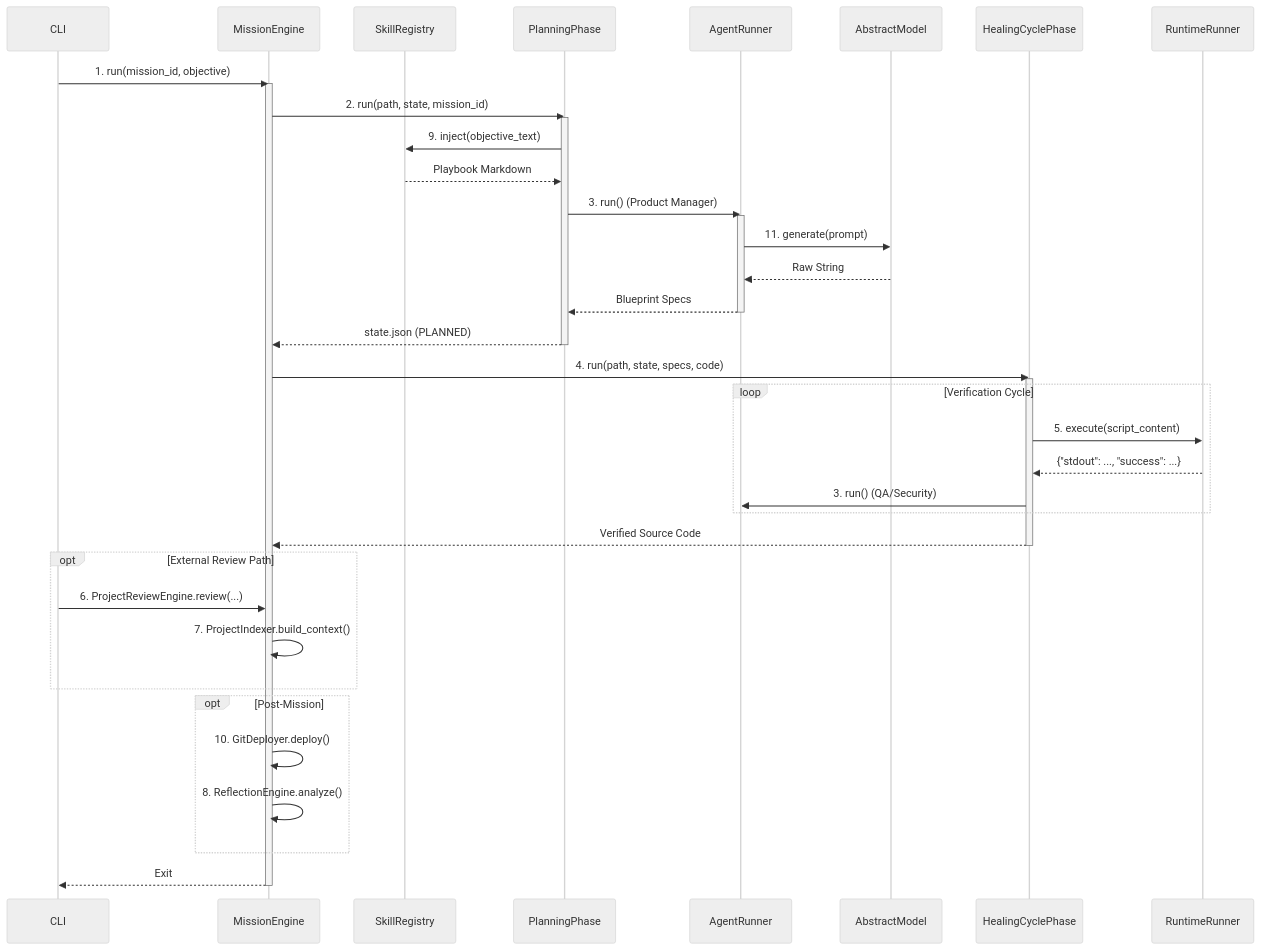
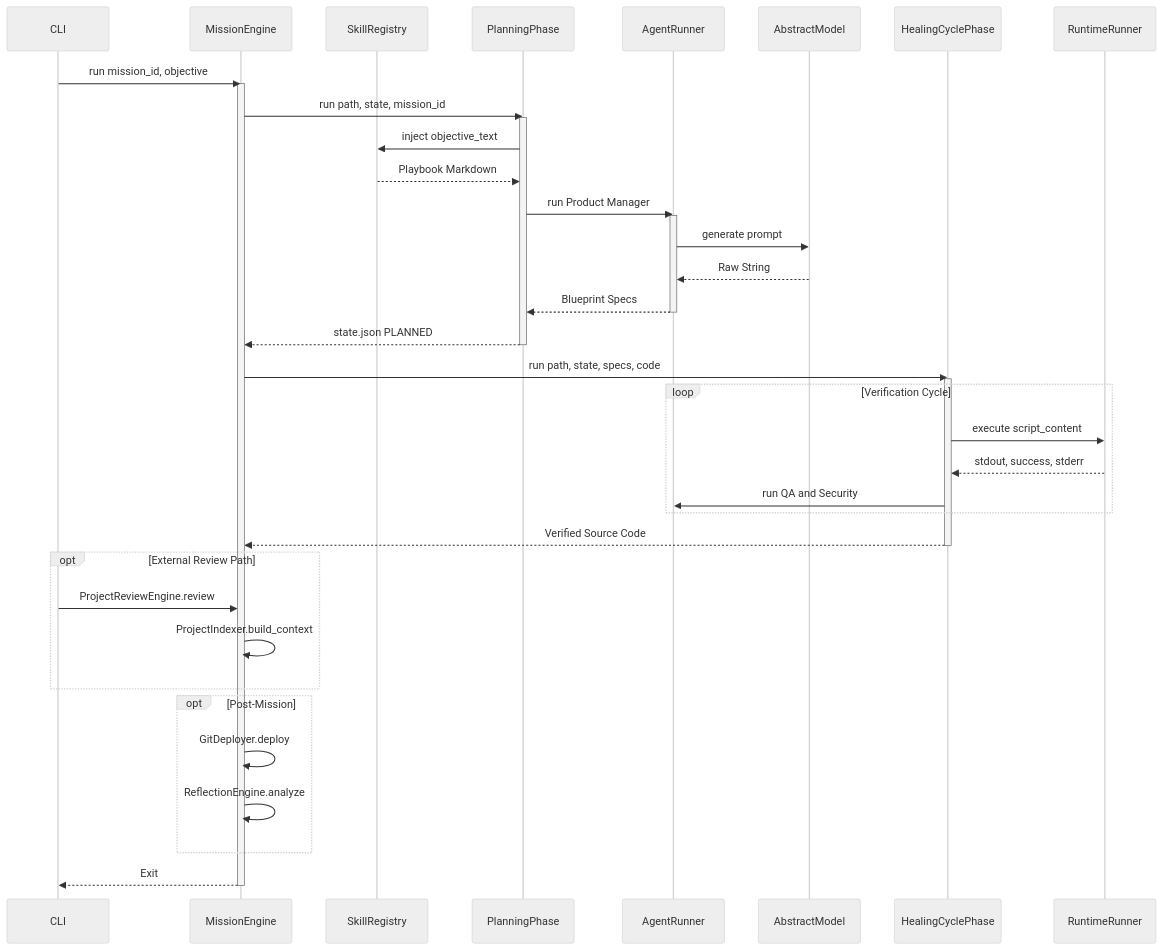
The second of 2 diagrams in technical_documents/WHITE_PAPER.md (shalin-rahman/Synapticity), drawn with Mermaid (neutral theme) before and after one commit. The commit also changed other lines of this file and 8 other files, not shown here.

````diff
--- a/technical_documents/WHITE_PAPER.md
+++ b/technical_documents/WHITE_PAPER.md
@@ -47,50 +47,50 @@
 ```mermaid
 sequenceDiagram
     participant CLI
     participant ME as MissionEngine
     participant SR as SkillRegistry
     participant PP as PlanningPhase
     participant AR as AgentRunner
     participant LLM as AbstractModel
     participant HCP as HealingCyclePhase
     participant RR as RuntimeRunner
 
-    CLI->>ME: 1. run(mission_id, objective)
+    CLI->>ME: run mission_id, objective
     activate ME
-    
-    ME->>PP: 2. run(path, state, mission_id)
+
+    ME->>PP: run path, state, mission_id
     activate PP
-    PP->>SR: 9. inject(objective_text)
+    PP->>SR: inject objective_text
     SR-->>PP: Playbook Markdown
-    PP->>AR: 3. run() (Product Manager)
+    PP->>AR: run Product Manager
     activate AR
-    AR->>LLM: 11. generate(prompt)
+    AR->>LLM: generate prompt
     LLM-->>AR: Raw String
     AR-->>PP: Blueprint Specs
     deactivate AR
-    PP-->>ME: state.json (PLANNED)
+    PP-->>ME: state.json PLANNED
     deactivate PP
 
-    ME->>HCP: 4. run(path, state, specs, code)
+    ME->>HCP: run path, state, specs, code
     activate HCP
     loop Verification Cycle
-        HCP->>RR: 5. execute(script_content)
-        RR-->>HCP: {"stdout": ..., "success": ...}
-        HCP->>AR: 3. run() (QA/Security)
+        HCP->>RR: execute script_content
+        RR-->>HCP: stdout, success, stderr
+        HCP->>AR: run QA and Security
     end
     HCP-->>ME: Verified Source Code
     deactivate HCP
-    
+
     opt External Review Path
-        CLI->>ME: 6. ProjectReviewEngine.review(...)
-        ME->>ME: 7. ProjectIndexer.build_context()
+        CLI->>ME: ProjectReviewEngine.review
+        ME->>ME: ProjectIndexer.build_context
     end
 
     opt Post-Mission
-        ME->>ME: 10. GitDeployer.deploy()
-        ME->>ME: 8. ReflectionEngine.analyze()
+        ME->>ME: GitDeployer.deploy
+        ME->>ME: ReflectionEngine.analyze
     end
-    
+
     ME-->>CLI: Exit
     deactivate ME
 ```
````
